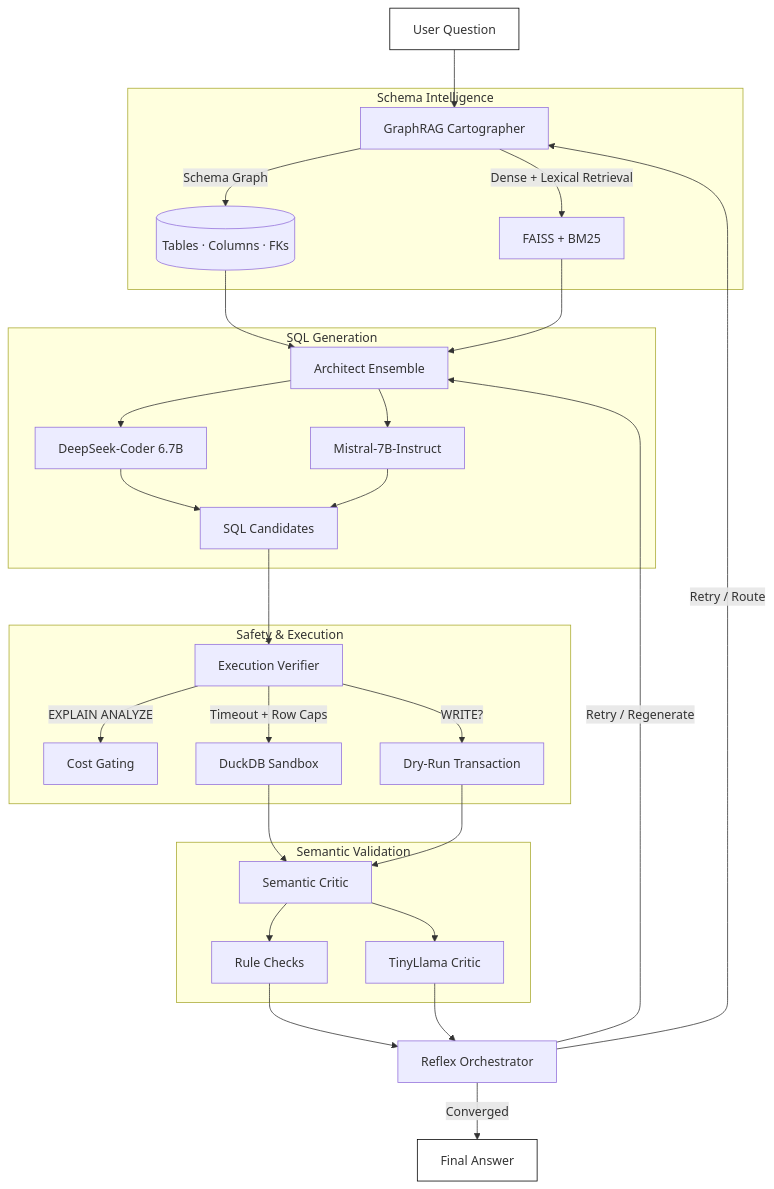
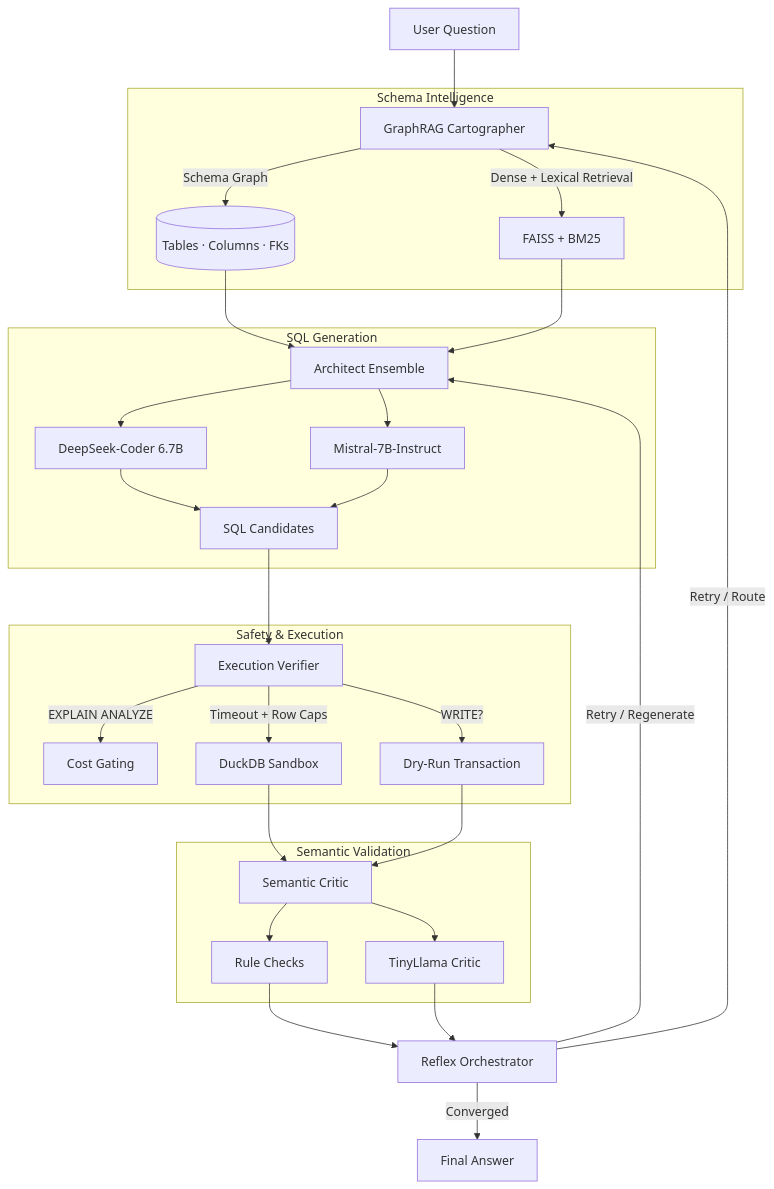
Before and after one commit to dspraneeth07/AXIOM-SQL-REFLEX-v4: the diagram in README.md, drawn with Mermaid.

````diff
--- a/README.md
+++ b/README.md
@@ -135,45 +135,43 @@
 ```mermaid
 flowchart TD
     U[User Question] --> C[GraphRAG Cartographer]
 
     subgraph Schema Intelligence
         C -->|Schema Graph| SG[(Tables · Columns · FKs)]
         C -->|Dense + Lexical Retrieval| R[FAISS + BM25]
     end
 
     SG --> A[Architect Ensemble]
     R --> A
 
     subgraph SQL Generation
         A --> L1[DeepSeek-Coder 6.7B]
         A --> L2[Mistral-7B-Instruct]
         L1 --> SQ[SQL Candidates]
         L2 --> SQ
     end
 
     SQ --> V[Execution Verifier]
 
     subgraph Safety & Execution
         V -->|EXPLAIN ANALYZE| Cost[Cost Gating]
         V -->|Timeout + Row Caps| Sandbox[DuckDB Sandbox]
         V -->|WRITE?| DryRun[Dry-Run Transaction]
     end
 
     Sandbox --> CR[Semantic Critic]
     DryRun --> CR
 
     subgraph Semantic Validation
         CR --> Rules[Rule Checks]
         CR --> L3[TinyLlama Critic]
     end
 
     Rules --> O[Reflex Orchestrator]
     L3 --> O
 
     O -->|Retry / Route| C
     O -->|Retry / Regenerate| A
     O -->|Converged| F[Final Answer]
 
-    style U fill:#fff,stroke:#000
-    style F fill:#fff,stroke:#000
 ```
````
